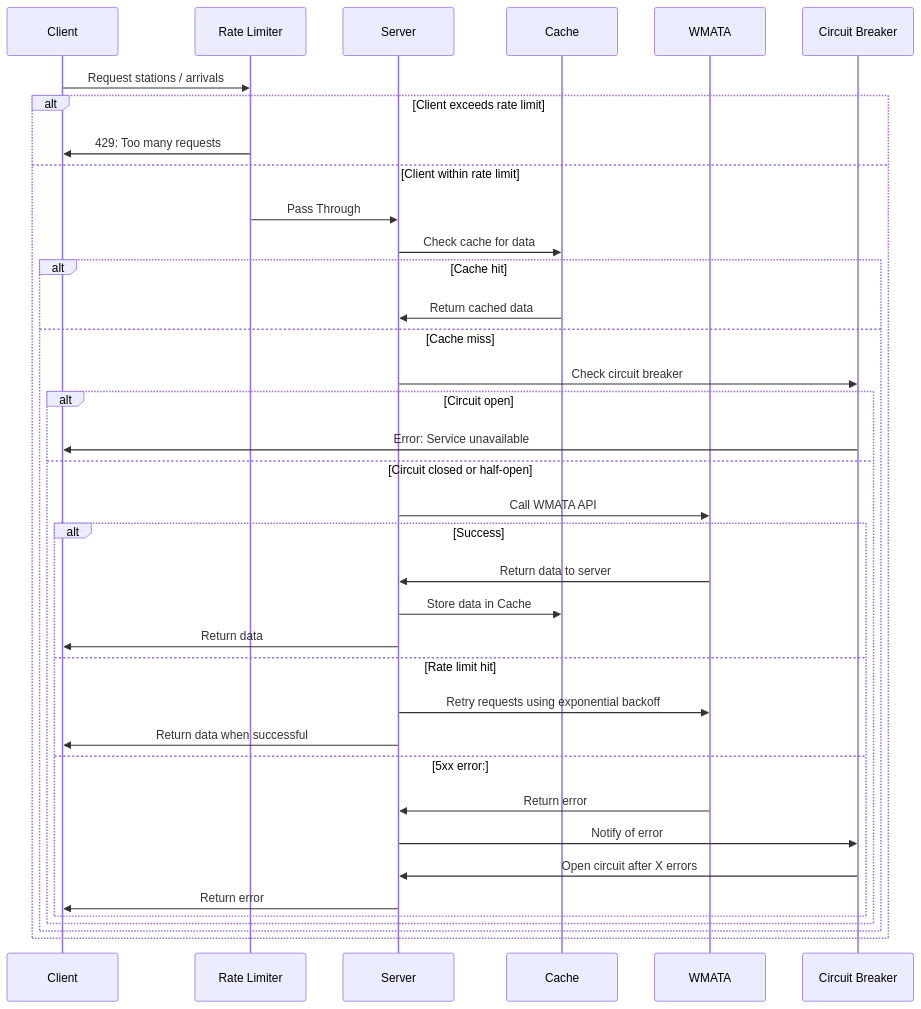
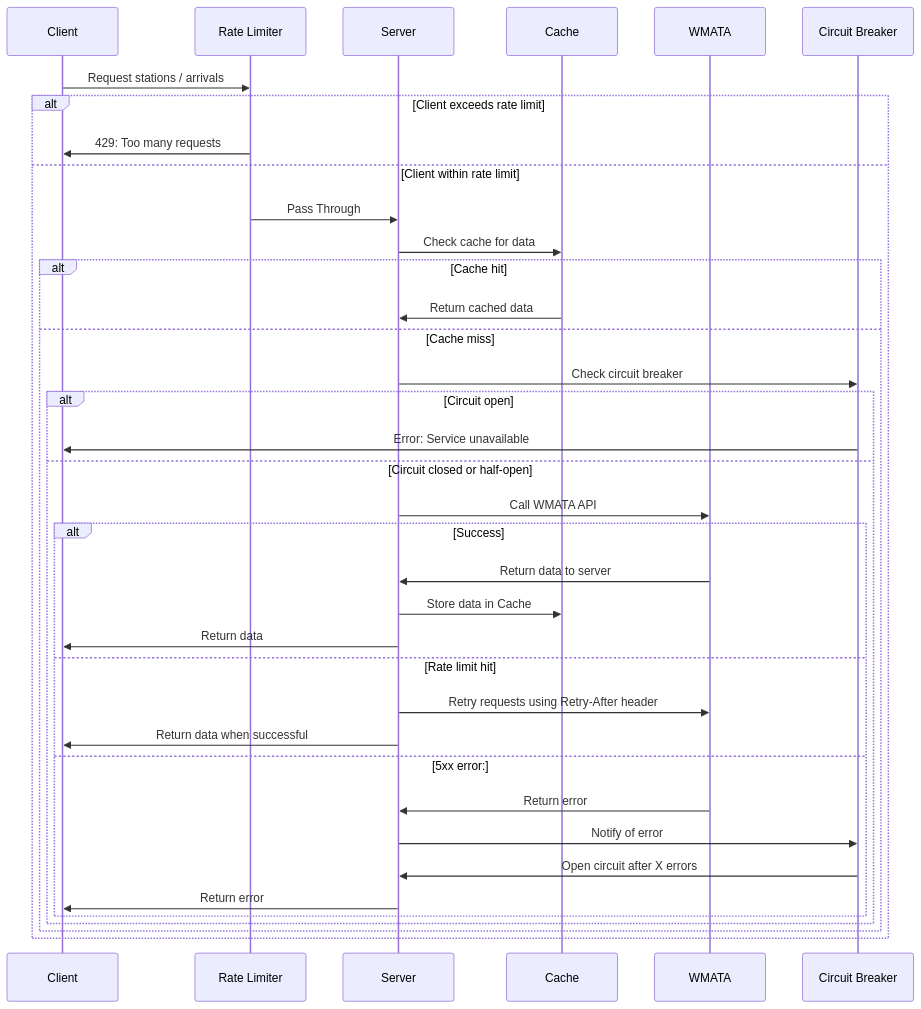
Before and after one commit to mcverter/dspolitical-wmata: the diagram in README.md, drawn with Mermaid.

````diff
--- a/README.md
+++ b/README.md
@@ -42,40 +42,40 @@
 ```mermaid
 sequenceDiagram
 participant Client
 participant RL as Rate Limiter
 participant Server
 participant Cache
 participant WMATA
 participant CB as Circuit Breaker
 
 Client->>RL: Request stations / arrivals
 alt Client exceeds rate limit
     RL->>Client: 429: Too many requests
 else Client within rate limit
     RL->>Server: Pass Through
     Server->>Cache: Check cache for data
     alt Cache hit
         Cache->>Server: Return cached data
     else Cache miss
         Server->>CB: Check circuit breaker
         alt Circuit open
             CB->>Client: Error: Service unavailable
         else Circuit closed or half-open
             Server->>WMATA: Call WMATA API
             alt Success
                 WMATA->>Server: Return data to server
                 Server->>Cache: Store data in Cache
                 Server->>Client: Return data
             else Rate limit hit
-                 Server->>WMATA: Retry requests using exponential backoff
+                 Server->>WMATA: Retry requests using Retry-After header 
                  Server->>Client: Return data when successful
             else 5xx error:
                 WMATA->>Server: Return error
                 Server->>CB: Notify of error
                 CB->>Server: Open circuit after X errors
                 Server->>Client: Return error
             end
         end
     end
 end
 ```
````
